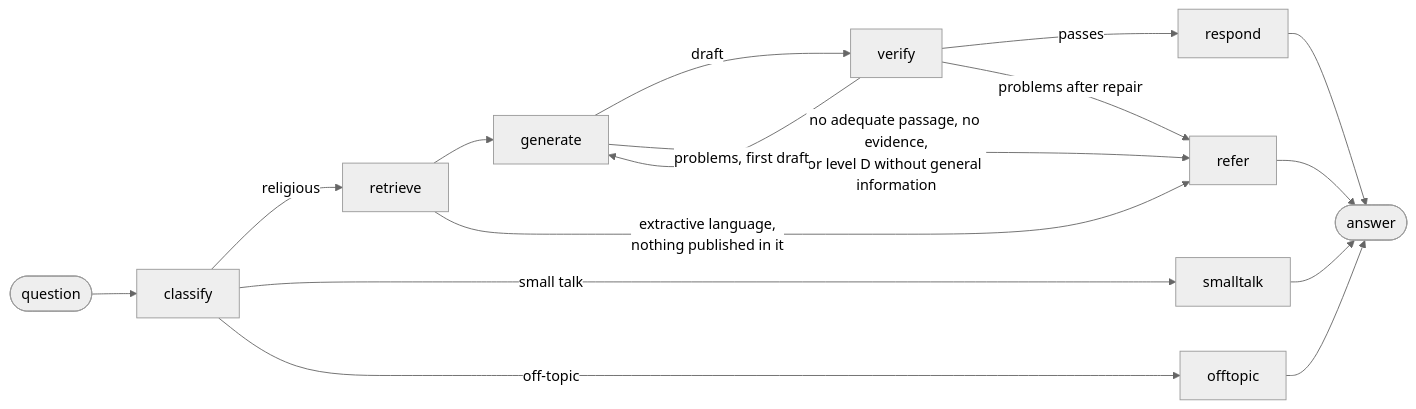
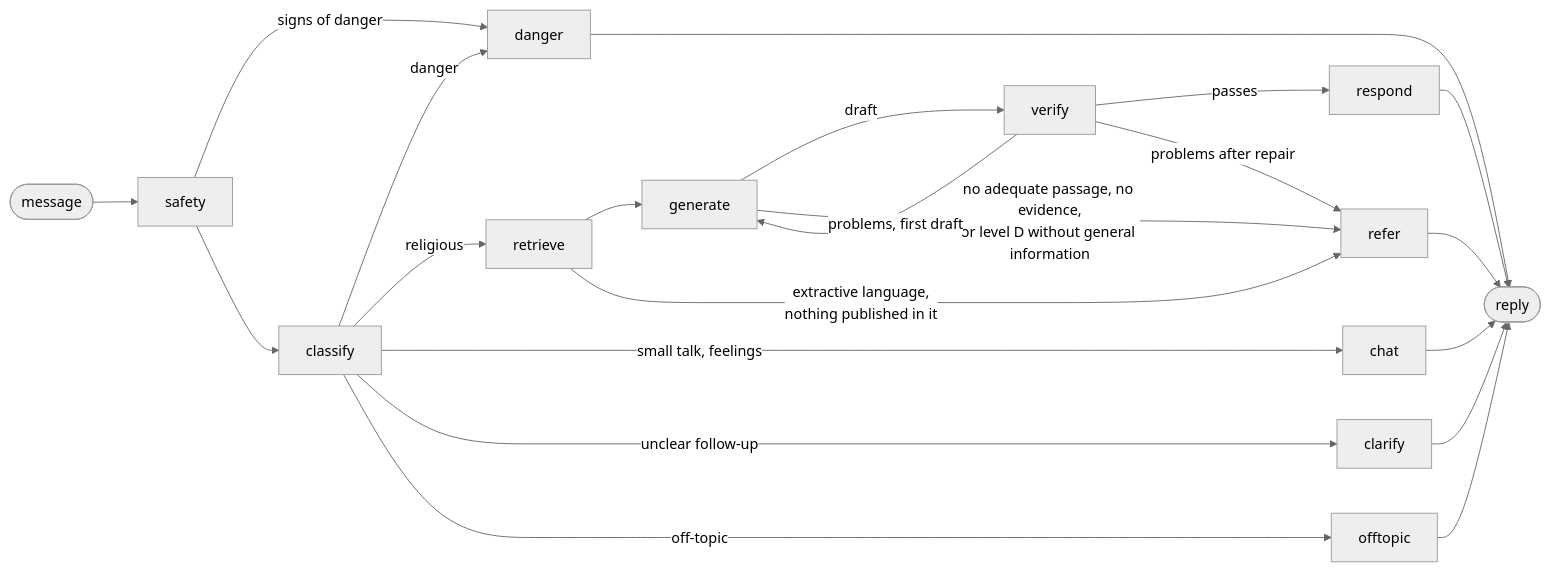
The diagram in docs/RELIABILITY.md (tfcoMoBkr/Rehla-islamicaich-tfco), drawn with Mermaid (neutral theme) before and after one commit. The commit also changed other lines of this file and 191 other files, not shown here.

````diff
--- a/docs/RELIABILITY.md
+++ b/docs/RELIABILITY.md
@@ -23,18 +23,24 @@
 ```mermaid
 flowchart LR
-    Q([question]) --> C[classify]
+    Q([message]) --> X[safety]
+    X -->|signs of danger| D[danger]
+    X --> C[classify]
+    C -->|danger| D
     C -->|religious| R[retrieve]
-    C -->|small talk| S[smalltalk]
+    C -->|small talk, feelings| S[chat]
+    C -->|unclear follow-up| K[clarify]
     C -->|off-topic| O[offtopic]
     R --> G[generate]
     R -->|extractive language,<br/>nothing published in it| F[refer]
     G -->|draft| V[verify]
     G -->|no adequate passage, no evidence,<br/>or level D without general information| F
     V -->|passes| P[respond]
     V -->|problems, first draft| G
     V -->|problems after repair| F
-    P --> A([answer])
+    P --> A([reply])
     F --> A
     S --> A
+    K --> A
     O --> A
+    D --> A
 ```
````
